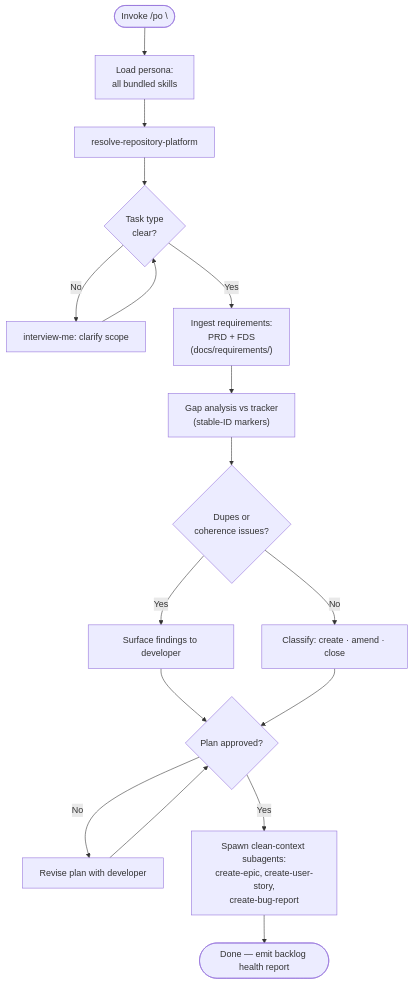
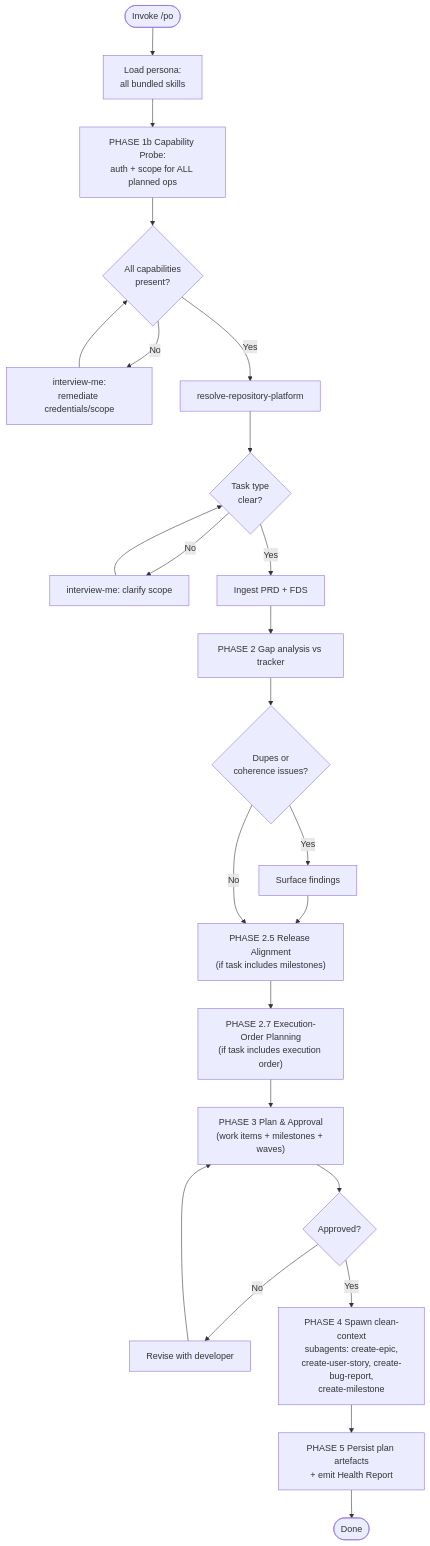
One commit to MegaByteMark/skills-to-pay-the-ai-bills changed the diagram in skills/po/SKILL.md. Above: the diagram before and after it, drawn with Mermaid. The commit also changed other lines of this file and 2 other files, not shown here.

First line of the commit message:
feat(po): capability probe, milestone planning, execution-order planning

````diff
--- a/skills/po/SKILL.md
+++ b/skills/po/SKILL.md
@@ -24,19 +25,26 @@
 ```mermaid
 flowchart TD
-    START(["Invoke /po \<context\>"]) --> LOAD["Load persona:<br>all bundled skills"]
-    LOAD --> PLATFORM["resolve-repository-platform"]
+    START(["Invoke /po <context>"]) --> LOAD["Load persona:<br>all bundled skills"]
+    LOAD --> PROBE["PHASE 1b Capability Probe:<br>auth + scope for ALL planned ops"]
+    PROBE --> AUTH{All capabilities<br>present?}
+    AUTH -->|No| REMEDIATE["interview-me:<br>remediate credentials/scope"]
+    REMEDIATE --> AUTH
+    AUTH -->|Yes| PLATFORM["resolve-repository-platform"]
     PLATFORM --> TASK{Task type<br>clear?}
     TASK -->|No| CLARIFY["interview-me: clarify scope"]
     CLARIFY --> TASK
-    TASK -->|Yes| INGEST["Ingest requirements:<br>PRD + FDS<br>(docs/requirements/)"]
-    INGEST --> GAP["Gap analysis vs tracker<br>(stable-ID markers)"]
+    TASK -->|Yes| INGEST["Ingest PRD + FDS"]
+    INGEST --> GAP["PHASE 2 Gap analysis vs tracker"]
     GAP --> FIND{Dupes or<br>coherence issues?}
-    FIND -->|Yes| SURFACE["Surface findings to developer"]
-    SURFACE --> PLAN{Plan approved?}
-    PLAN -->|No| REVISE["Revise plan with developer"]
+    FIND -->|Yes| SURFACE["Surface findings"]
+    SURFACE --> RELEASE["PHASE 2.5 Release Alignment<br>(if task includes milestones)"]
+    FIND -->|No| RELEASE
+    RELEASE --> ORDER["PHASE 2.7 Execution-Order Planning<br>(if task includes execution order)"]
+    ORDER --> PLAN["PHASE 3 Plan & Approval<br>(work items + milestones + waves)"]
+    PLAN --> APPROVED{Approved?}
+    APPROVED -->|No| REVISE["Revise with developer"]
     REVISE --> PLAN
-    FIND -->|No| RECON["Classify: create · amend · close"]
-    RECON --> PLAN
-    PLAN -->|Yes| SPAWN["Spawn clean-context subagents:<br>create-epic, create-user-story,<br>create-bug-report"]
-    SPAWN --> DONE(["Done — emit backlog health report"])
+    APPROVED -->|Yes| SPAWN["PHASE 4 Spawn clean-context<br>subagents: create-epic,<br>create-user-story, create-bug-report,<br>create-milestone"]
+    SPAWN --> PERSIST["PHASE 5 Persist plan artefacts<br>+ emit Health Report"]
+    PERSIST --> DONE(["Done"])
 ```
````
